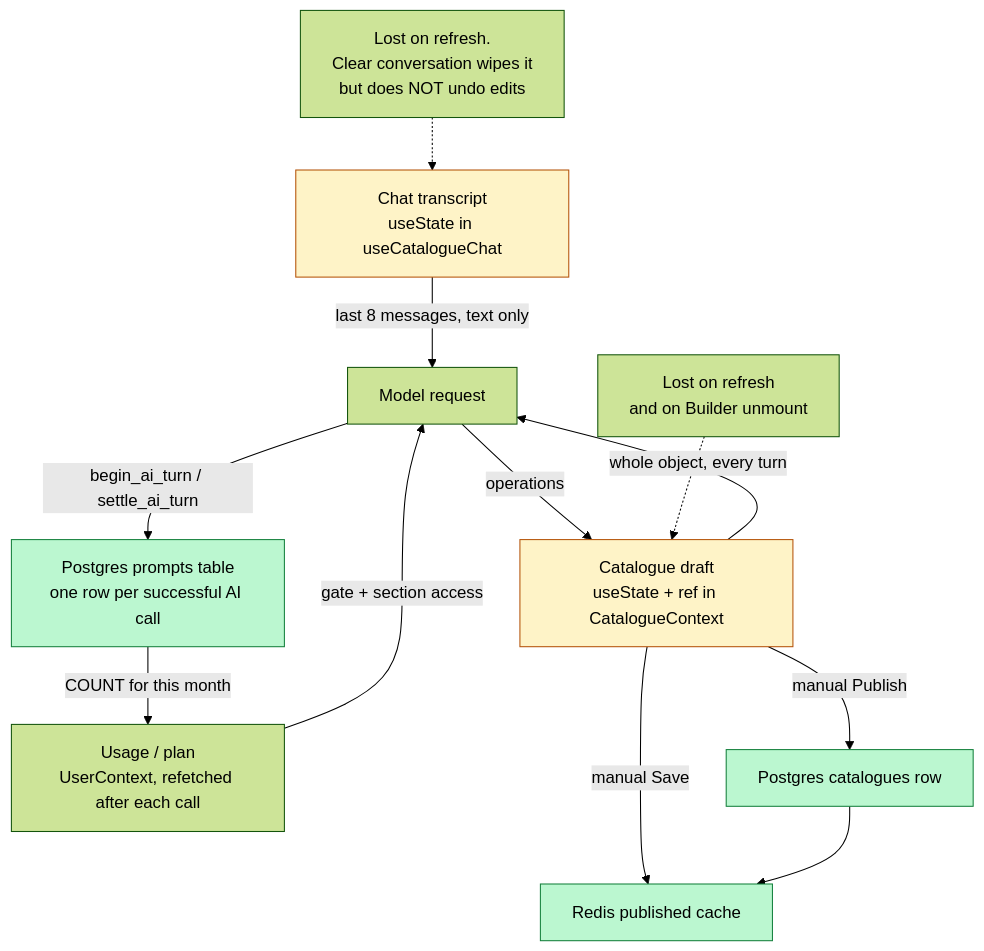
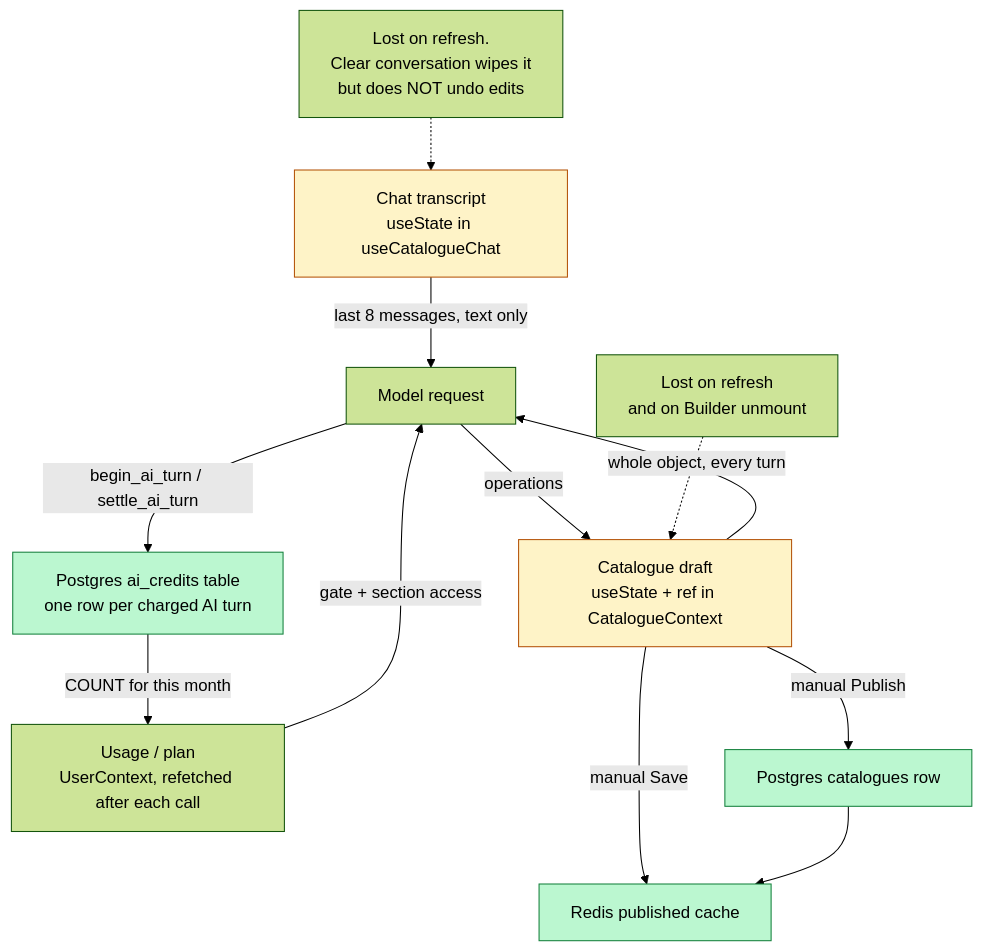
One commit to nikolamirilo/quicktalog-app changed the third of 3 diagrams in docs/architecture/ai-chat-flow.md. Above: the diagram before and after it, drawn with Mermaid (forest theme). The commit also changed other lines of this file and 49 other files, not shown here.

First line of the commit message:
Schema consistency: user_id owners, catalogue_id links, clear table names

````diff
--- a/docs/architecture/ai-chat-flow.md
+++ b/docs/architecture/ai-chat-flow.md
@@ -347,28 +347,28 @@
 ```mermaid
 flowchart TD
     S1["Chat transcript<br/>useState in useCatalogueChat"]
     S2["Catalogue draft<br/>useState + ref in CatalogueContext"]
     S3["Usage / plan<br/>UserContext, refetched after each call"]
     S4["Postgres catalogues row"]
     S5["Redis published cache"]
-    S6["Postgres prompts table<br/>one row per successful AI call"]
+    S6["Postgres ai_credits table<br/>one row per charged AI turn"]
 
     S1 -->|"last 8 messages, text only"| M[Model request]
     S2 -->|"whole object, every turn"| M
     S3 -->|"gate + section access"| M
     M -->|operations| S2
     M -->|"begin_ai_turn / settle_ai_turn"| S6
     S2 -->|"manual Save"| S5
     S2 -->|"manual Publish"| S4
     S4 --> S5
     S6 -->|"COUNT for this month"| S3
 
     N1["Lost on refresh.<br/>Clear conversation wipes it<br/>but does NOT undo edits"] -.-> S1
     N2["Lost on refresh<br/>and on Builder unmount"] -.-> S2
 
     style S1 fill:#fef3c7,stroke:#b45309
     style S2 fill:#fef3c7,stroke:#b45309
     style S4 fill:#bbf7d0,stroke:#15803d
     style S5 fill:#bbf7d0,stroke:#15803d
     style S6 fill:#bbf7d0,stroke:#15803d
 ```
````
